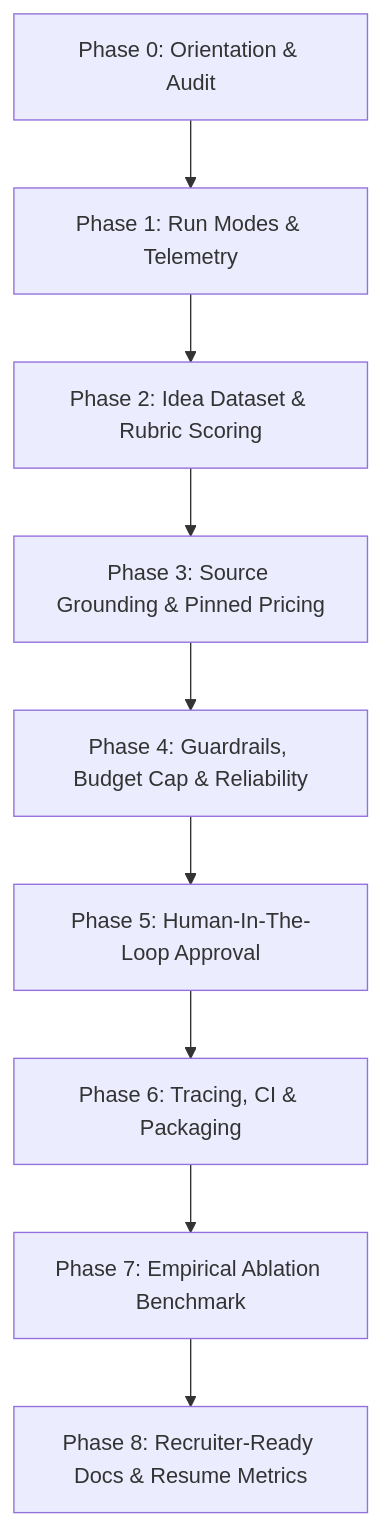
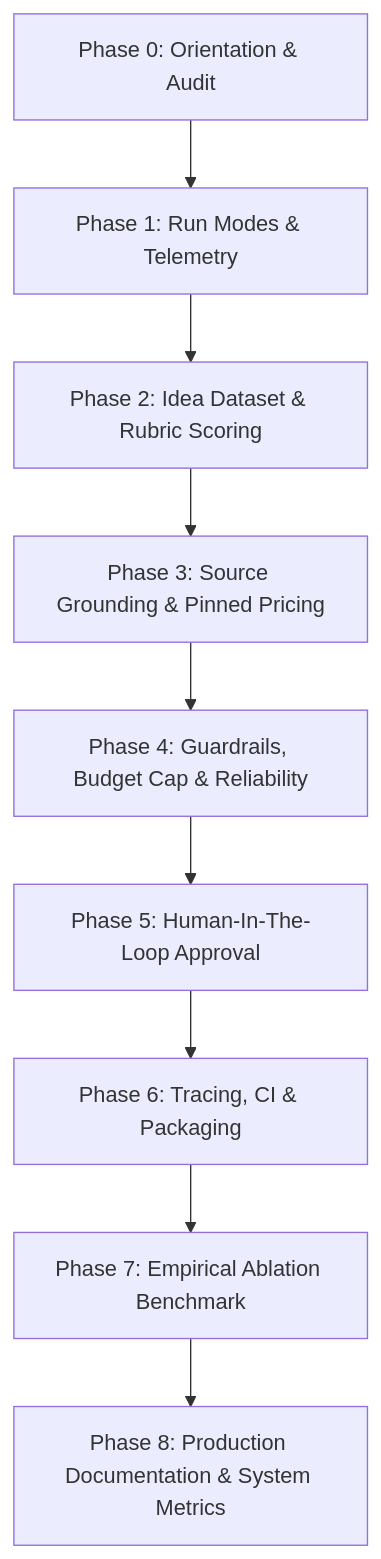
Before and after one commit to satyamkumar68/AI-Startup-Co-Founder-Team: the diagram in implimentationplan.md, drawn with Mermaid. The commit also changed other lines of this file and 6 other files, not shown here.

````diff
--- a/implimentationplan.md
+++ b/implimentationplan.md
@@ -21,11 +21,11 @@
 ```mermaid
 graph TD
     P0[Phase 0: Orientation & Audit] --> P1[Phase 1: Run Modes & Telemetry]
     P1 --> P2[Phase 2: Idea Dataset & Rubric Scoring]
     P2 --> P3[Phase 3: Source Grounding & Pinned Pricing]
     P3 --> P4[Phase 4: Guardrails, Budget Cap & Reliability]
     P4 --> P5[Phase 5: Human-In-The-Loop Approval]
     P5 --> P6[Phase 6: Tracing, CI & Packaging]
     P6 --> P7[Phase 7: Empirical Ablation Benchmark]
-    P7 --> P8[Phase 8: Recruiter-Ready Docs & Resume Metrics]
+    P7 --> P8[Phase 8: Production Documentation & System Metrics]
 ```
````
